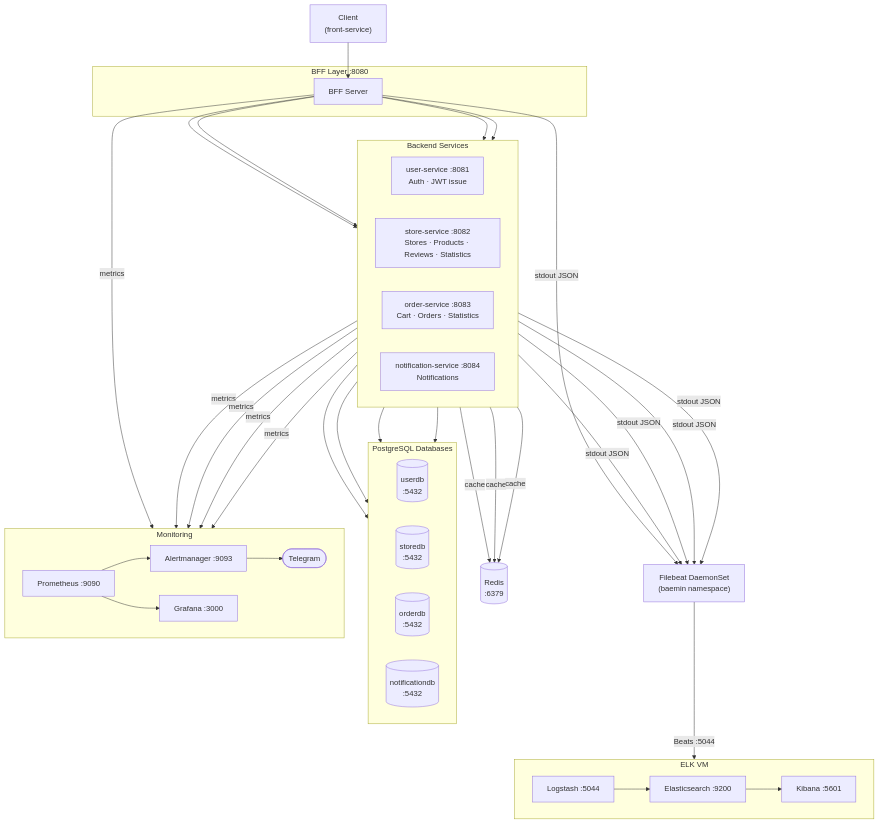
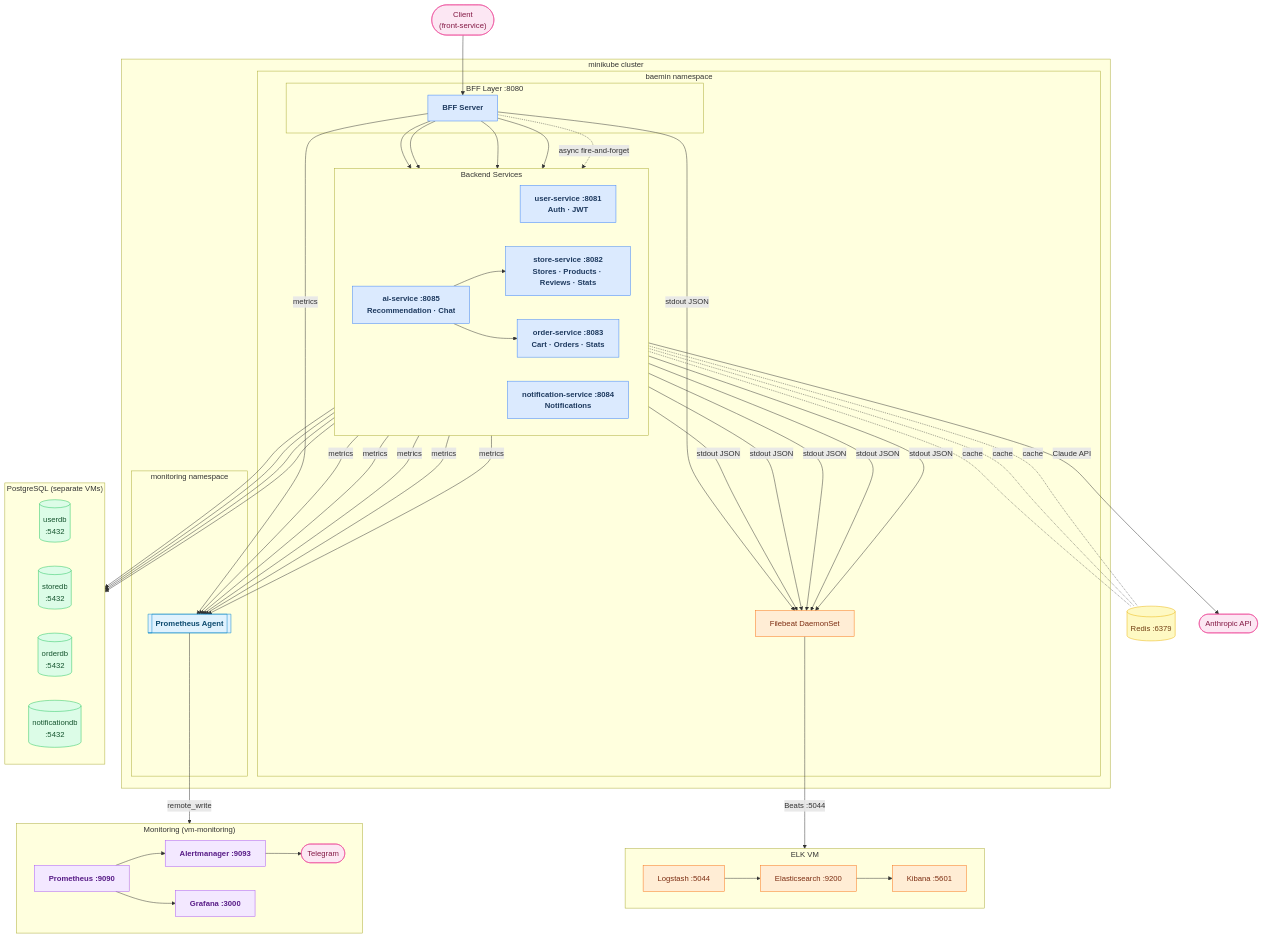
One commit to proLmpa/Deliprac changed the first of 7 diagrams in README.md. Above: the diagram before and after it, drawn with Mermaid. The commit also changed other lines of this file and 30 other files, not shown here.

````diff
--- a/README.md
+++ b/README.md
@@ -10,20 +10,34 @@
 ```mermaid
 flowchart TB
-    C["Client\n(front-service)"]
+    %% ── Entry ───────────────────────────────────────────────────────────────
+    CLIENT(["Client\n(front-service)"])
 
-    subgraph bff ["BFF Layer :8080"]
-        BFF["BFF Server"]
+    %% ── Kubernetes cluster ───────────────────────────────────────────────────
+    subgraph K8S ["minikube cluster"]
+        subgraph BAEMIN ["baemin namespace"]
+            subgraph BFF_LAYER ["BFF Layer  :8080"]
+                BFF["BFF Server"]
+            end
+
+            subgraph SVCS ["Backend Services"]
+                direction LR
+                US["user-service :8081\nAuth · JWT"]
+                SS["store-service :8082\nStores · Products · Reviews · Stats"]
+                OS["order-service :8083\nCart · Orders · Stats"]
+                NS["notification-service :8084\nNotifications"]
+                AS["ai-service :8085\nRecommendation · Chat"]
+            end
+
+            FB["Filebeat DaemonSet"]
+        end
+
+        subgraph MON_NS ["monitoring namespace"]
+            PA[["Prometheus Agent"]]
+        end
     end
 
-    subgraph svc ["Backend Services"]
-        direction LR
-        US["user-service :8081\nAuth · JWT issue"]
-        SS["store-service :8082\nStores · Products · Reviews · Statistics"]
-        OS["order-service :8083\nCart · Orders · Statistics"]
-        NS["notification-service :8084\nNotifications"]
-    end
-
-    subgraph db ["PostgreSQL Databases"]
+    %% ── Persistence ──────────────────────────────────────────────────────────
+    subgraph DBS ["PostgreSQL  (separate VMs)"]
         direction LR
         UD[("userdb\n:5432")]
         SD[("storedb\n:5432")]
@@ -31,33 +45,57 @@
         ND[("notificationdb\n:5432")]
     end
 
-    RD[("Redis\n:6379")]
+    REDIS[("Redis :6379")]
+    ANTHROPIC(["Anthropic API"])
 
-    subgraph mon ["Monitoring"]
+    %% ── External observability ───────────────────────────────────────────────
+    subgraph MON ["Monitoring  (vm-monitoring)"]
         direction LR
-        PR["Prometheus :9090"] --> AM["Alertmanager :9093"] --> TG(["Telegram"])
-        PR --> GF["Grafana :3000"]
+        PROM["Prometheus :9090"] --> ALERT["Alertmanager :9093"] --> TG(["Telegram"])
+        PROM --> GRAFANA["Grafana :3000"]
     end
 
-    FB["Filebeat DaemonSet\n(baemin namespace)"]
-
-    subgraph elk ["ELK VM"]
+    subgraph ELK ["ELK VM"]
         direction LR
-        LS["Logstash :5044"] --> ES["Elasticsearch :9200"]
-        ES --> KB["Kibana :5601"]
+        LS["Logstash :5044"] --> ES["Elasticsearch :9200"] --> KB["Kibana :5601"]
     end
 
-    C --> BFF
-    BFF --> US & SS & OS & NS
+    %% ── Request flow ─────────────────────────────────────────────────────────
+    CLIENT --> BFF
+    BFF --> US & SS & OS & AS
+    BFF -.->|async fire-and-forget| NS
 
+    %% ── Persistence flows ────────────────────────────────────────────────────
     US --> UD
     SS --> SD
     OS --> OD
     NS --> ND
+    SS & OS & NS -.-|cache| REDIS
 
-    SS & OS & NS -->|cache| RD
+    %% ── AI ───────────────────────────────────────────────────────────────────
+    AS --> SS & OS
+    AS -->|Claude API| ANTHROPIC
 
-    BFF & US & SS & OS & NS -->|metrics| PR
-    BFF & US & SS & OS & NS -->|stdout JSON| FB
+    %% ── Observability flows ──────────────────────────────────────────────────
+    BFF & US & SS & OS & NS & AS -->|metrics| PA
+    PA -->|remote_write| PROM
+    BFF & US & SS & OS & NS & AS -->|stdout JSON| FB
     FB -->|Beats :5044| LS
+
+    %% ── Styles ───────────────────────────────────────────────────────────────
+    classDef svc     fill:#dbeafe,stroke:#3b82f6,color:#1e3a5f,font-weight:bold
+    classDef db      fill:#dcfce7,stroke:#22c55e,color:#14532d
+    classDef cache   fill:#fef9c3,stroke:#eab308,color:#713f12
+    classDef monitor fill:#f3e8ff,stroke:#a855f7,color:#581c87,font-weight:bold
+    classDef log     fill:#ffedd5,stroke:#f97316,color:#7c2d12
+    classDef ext     fill:#fce7f3,stroke:#ec4899,color:#831843
+    classDef agent   fill:#e0f2fe,stroke:#0284c7,color:#0c4a6e,font-weight:bold
+
+    class BFF,US,SS,OS,NS,AS svc
+    class UD,SD,OD,ND db
+    class REDIS cache
+    class PROM,ALERT,GRAFANA monitor
+    class TG,ANTHROPIC,CLIENT ext
+    class LS,ES,KB,FB log
+    class PA agent
 ```
````
